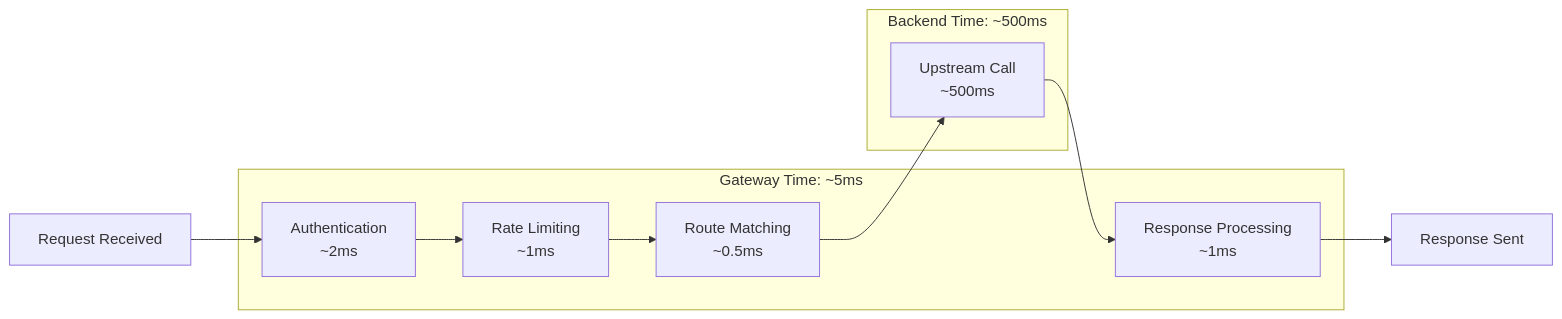
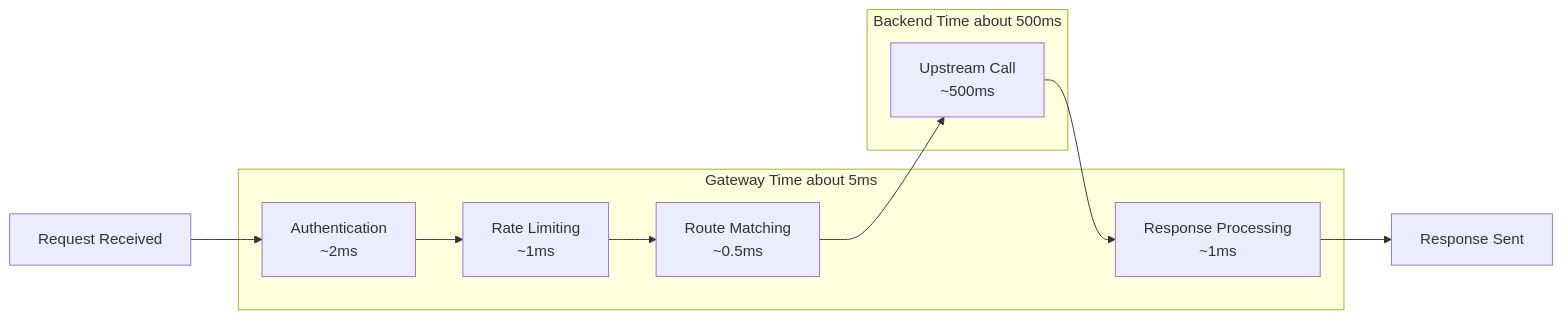
Before and after one commit to webstackdev/astro.webstackbuilders.com: the diagram in src/content/articles/api-gateway-metrics-traces-logs-debugging/index.mdx, drawn with Mermaid. The commit also changed other lines of this file and 48 other files, not shown here.

Commit message:
Final pass wrap mermaid diagrams in Diagram component, expand props to Table and List components

````diff
--- a/src/content/articles/api-gateway-metrics-traces-logs-debugging/index.mdx
+++ b/src/content/articles/api-gateway-metrics-traces-logs-debugging/index.mdx
@@ -40,20 +42,20 @@
 ```mermaid
 graph LR
-    A[Request Received] --> B[Authentication<br/>~2ms]
-    B --> C[Rate Limiting<br/>~1ms]
-    C --> D[Route Matching<br/>~0.5ms]
-    D --> E[Upstream Call<br/>~500ms]
-    E --> F[Response Processing<br/>~1ms]
-    F --> G[Response Sent]
+  A[Request Received] --> B[Authentication<br/>~2ms]
+  B --> C[Rate Limiting<br/>~1ms]
+  C --> D[Route Matching<br/>~0.5ms]
+  D --> E[Upstream Call<br/>~500ms]
+  E --> F[Response Processing<br/>~1ms]
+  F --> G[Response Sent]
 
-    subgraph "Gateway Time: ~5ms"
-        B
-        C
-        D
-        F
-    end
+  subgraph gatewayTime[Gateway Time about 5ms]
+    B
+    C
+    D
+    F
+  end
 
-    subgraph "Backend Time: ~500ms"
-        E
-    end
+  subgraph backendTime[Backend Time about 500ms]
+    E
+  end
 ```
````
